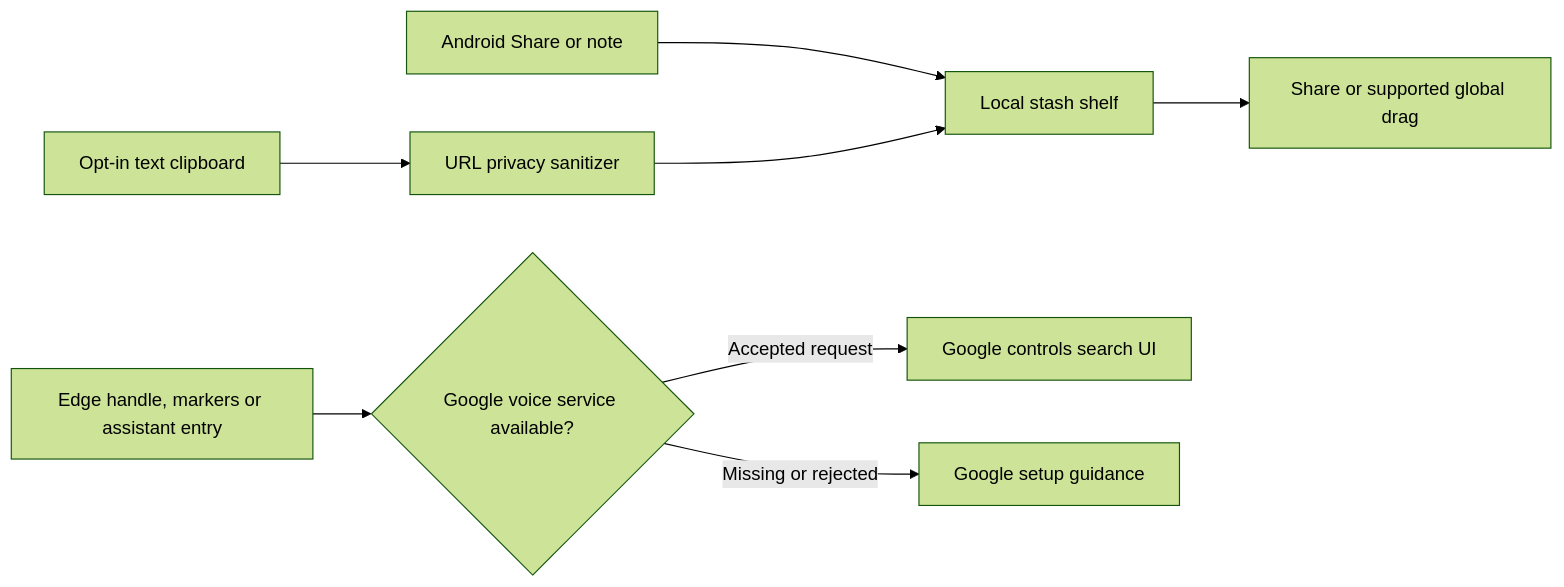
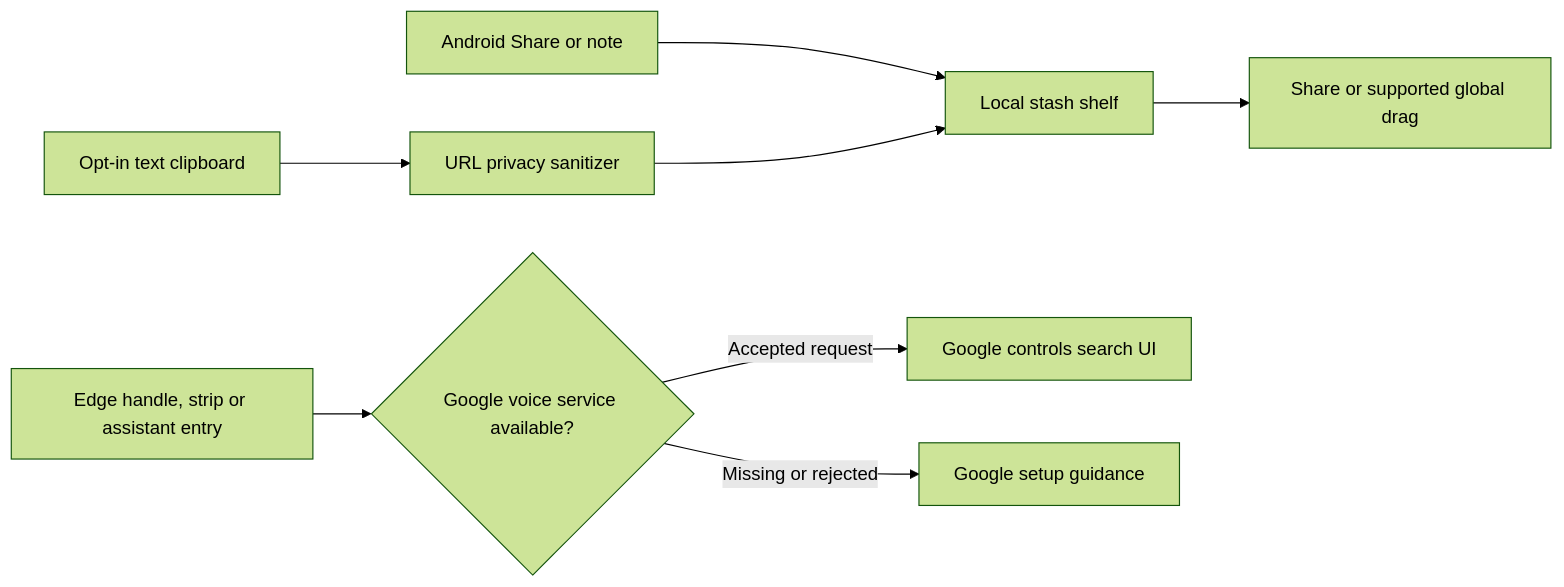
The diagram in README.md (ankitchanki/New), drawn with Mermaid (forest theme) before and after one commit. The commit also changed other lines of this file and 6 other files, not shown here.

````diff
--- a/README.md
+++ b/README.md
@@ -171,10 +171,10 @@
 ```mermaid
 flowchart LR
     Share[Android Share or note] --> Shelf[Local stash shelf]
     Copy[Opt-in text clipboard] --> Clean[URL privacy sanitizer]
     Clean --> Shelf
-    Dock[Edge handle, markers or assistant entry] --> Route{Google voice service available?}
+    Dock[Edge handle, strip or assistant entry] --> Route{Google voice service available?}
     Route -->|Accepted request| Native[Google controls search UI]
     Route -->|Missing or rejected| Help[Google setup guidance]
     Shelf --> Out[Share or supported global drag]
 ```
````
